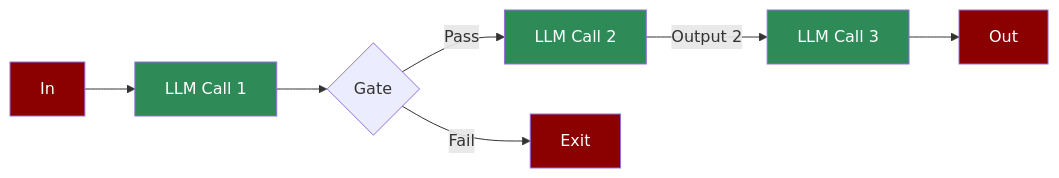
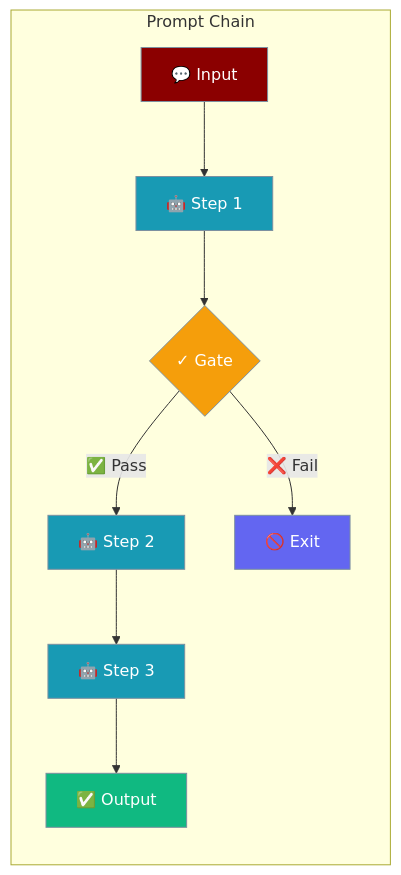
Before and after one commit to MervinPraison/PraisonAIDocs: the diagram in docs/features/promptchaining.mdx, drawn with Mermaid. The commit also changed 6 other files, not shown here.

````diff
--- a/docs/features/promptchaining.mdx
+++ b/docs/features/promptchaining.mdx
@@ -8,13 +8,23 @@
 ```mermaid
-flowchart LR
-    In[In] --> LLM1[LLM Call 1] --> Gate{Gate}
-    Gate -->|Pass| LLM2[LLM Call 2] -->|Output 2| LLM3[LLM Call 3] --> Out[Out]
-    Gate -->|Fail| Exit[Exit]
-    
-    style In fill:#8B0000,color:#fff
-    style LLM1 fill:#2E8B57,color:#fff
-    style LLM2 fill:#2E8B57,color:#fff
-    style LLM3 fill:#2E8B57,color:#fff
-    style Out fill:#8B0000,color:#fff
-    style Exit fill:#8B0000,color:#fff
+graph LR
+    subgraph "Prompt Chain"
+        In["💬 Input"] --> LLM1["🤖 Step 1"]
+        LLM1 --> Gate{"✓ Gate"}
+        Gate -->|"✅ Pass"| LLM2["🤖 Step 2"]
+        LLM2 --> LLM3["🤖 Step 3"]
+        LLM3 --> Out["✅ Output"]
+        Gate -->|"❌ Fail"| Exit["🚫 Exit"]
+    end
+
+    classDef input fill:#8B0000,stroke:#7C90A0,color:#fff
+    classDef agent fill:#189AB4,stroke:#7C90A0,color:#fff
+    classDef gate fill:#F59E0B,stroke:#7C90A0,color:#fff
+    classDef output fill:#10B981,stroke:#7C90A0,color:#fff
+    classDef exit fill:#6366F1,stroke:#7C90A0,color:#fff
+
+    class In input
+    class LLM1,LLM2,LLM3 agent
+    class Gate gate
+    class Out output
+    class Exit exit
 ```
````
